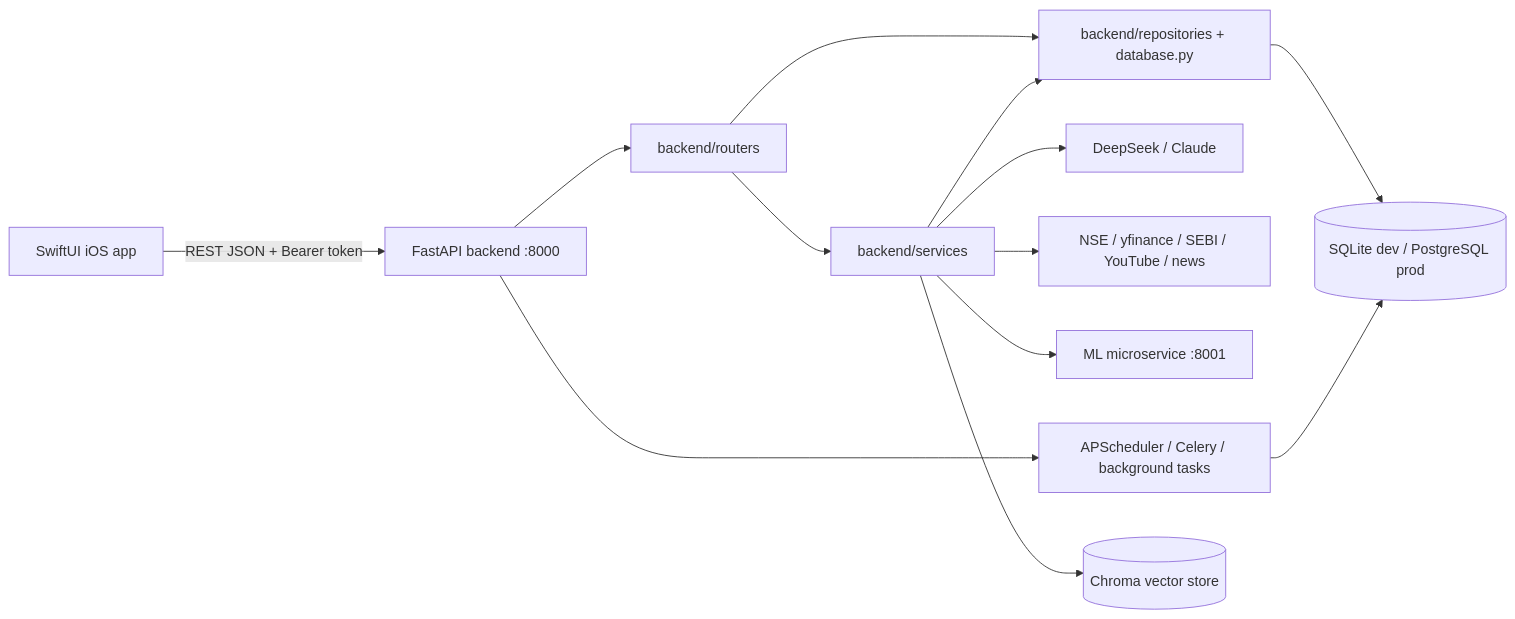
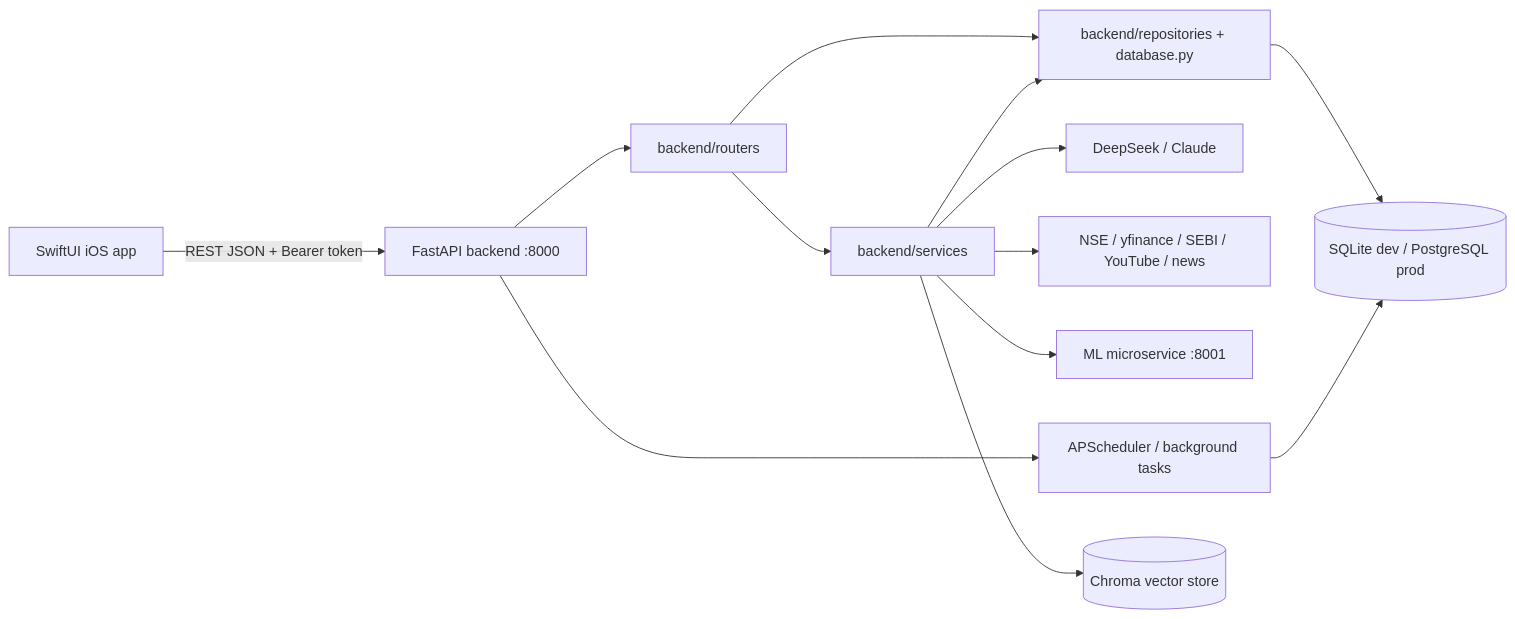
Before and after one commit to snp05016/nivesh: the diagram in docs/codebase/ARCHITECTURE_MAP.md, drawn with Mermaid. The commit also changed other lines of this file and 20 other files, not shown here.

First line of the commit message:
docs: consolidate architecture docs and move backend notes

````diff
--- a/docs/codebase/ARCHITECTURE_MAP.md
+++ b/docs/codebase/ARCHITECTURE_MAP.md
@@ -7,15 +7,15 @@
 ```mermaid
 flowchart LR
   iOS[SwiftUI iOS app] -->|REST JSON + Bearer token| API[FastAPI backend :8000]
   API --> Routers[backend/routers]
   Routers --> Services[backend/services]
   Routers --> Repos[backend/repositories + database.py]
   Services --> Repos
   Repos --> DB[(SQLite dev / PostgreSQL prod)]
   Services --> LLM[DeepSeek / Claude]
   Services --> NSE[NSE / yfinance / SEBI / YouTube / news]
   Services --> ML[ML microservice :8001]
-  API --> Schedulers[APScheduler / Celery / background tasks]
+  API --> Schedulers[APScheduler / background tasks]
   Schedulers --> DB
   Services --> Vector[(Chroma vector store)]
 ```
````
